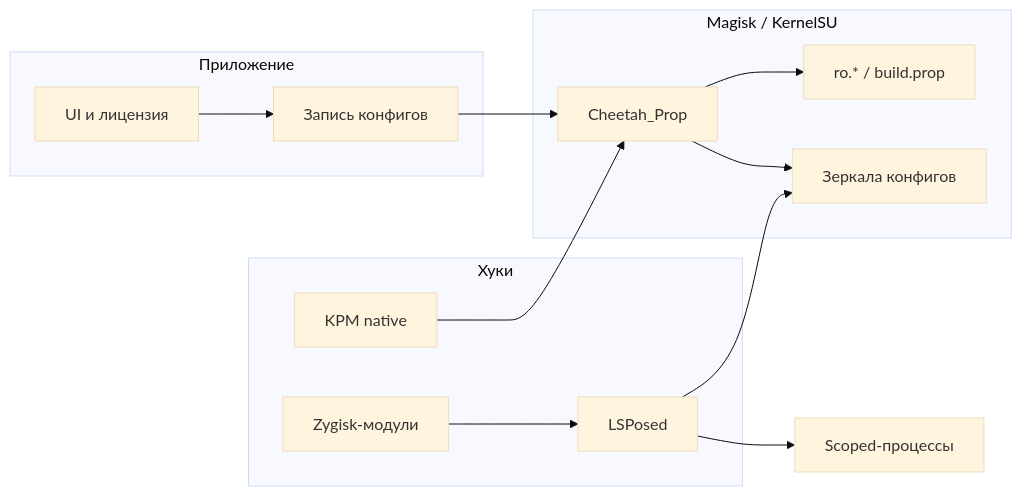
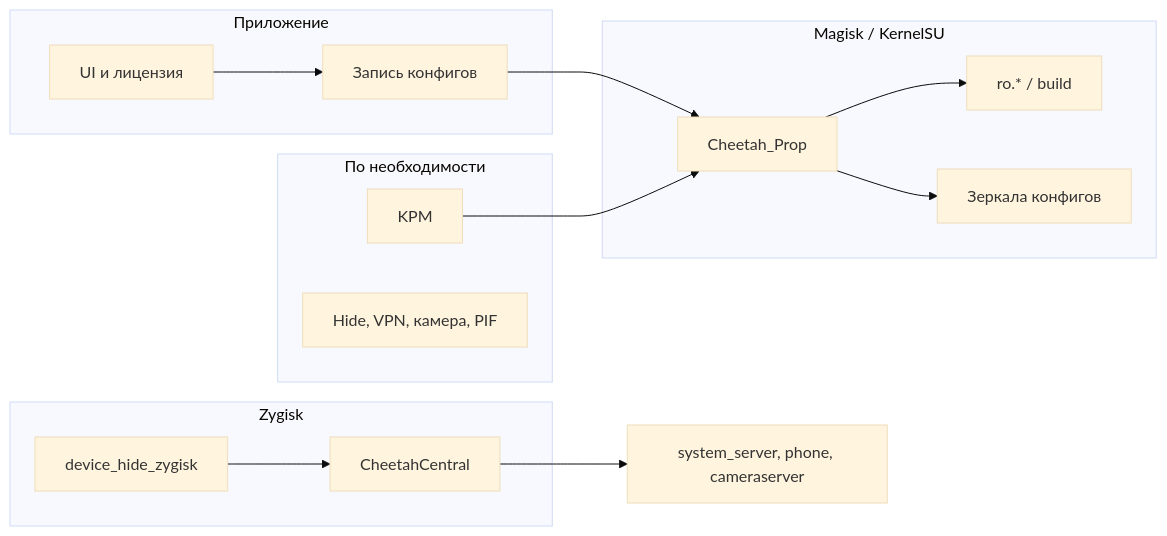
The diagram in README.md (Spayder666/DeviceChanger), drawn with Mermaid (base theme) before and after one commit. The commit also changed other lines of this file, not shown here.

Commit message:
Rewrite README for the current Zygisk architecture

````diff
--- a/README.md
+++ b/README.md
@@ -62,28 +73,31 @@
 ```mermaid
 flowchart LR
   subgraph app["Приложение"]
     UI[UI и лицензия]
     CFG[Запись конфигов]
   end
 
   subgraph magisk["Magisk / KernelSU"]
     CP[Cheetah_Prop]
-    PROPS[ro.* / build.prop]
+    PROPS["ro.* / build"]
     MIRROR[Зеркала конфигов]
   end
 
-  subgraph hooks["Хуки"]
-    LSP[LSPosed]
-    ZYG[Zygisk-модули]
-    KPM[KPM native]
+  subgraph zyg["Zygisk"]
+    DH[device_hide_zygisk]
+    ENG[CheetahCentral]
+  end
+
+  subgraph opt["По необходимости"]
+    KPM[KPM]
+    EXTRA[Hide, VPN, камера, PIF]
   end
 
   UI --> CFG
   CFG --> CP
   CP --> PROPS
   CP --> MIRROR
-  LSP --> MIRROR
-  ZYG --> LSP
+  DH --> ENG
+  ENG --> SYS[system_server, phone, cameraserver]
   KPM --> CP
-  LSP --> PROC[Scoped-процессы]
 ```
````
